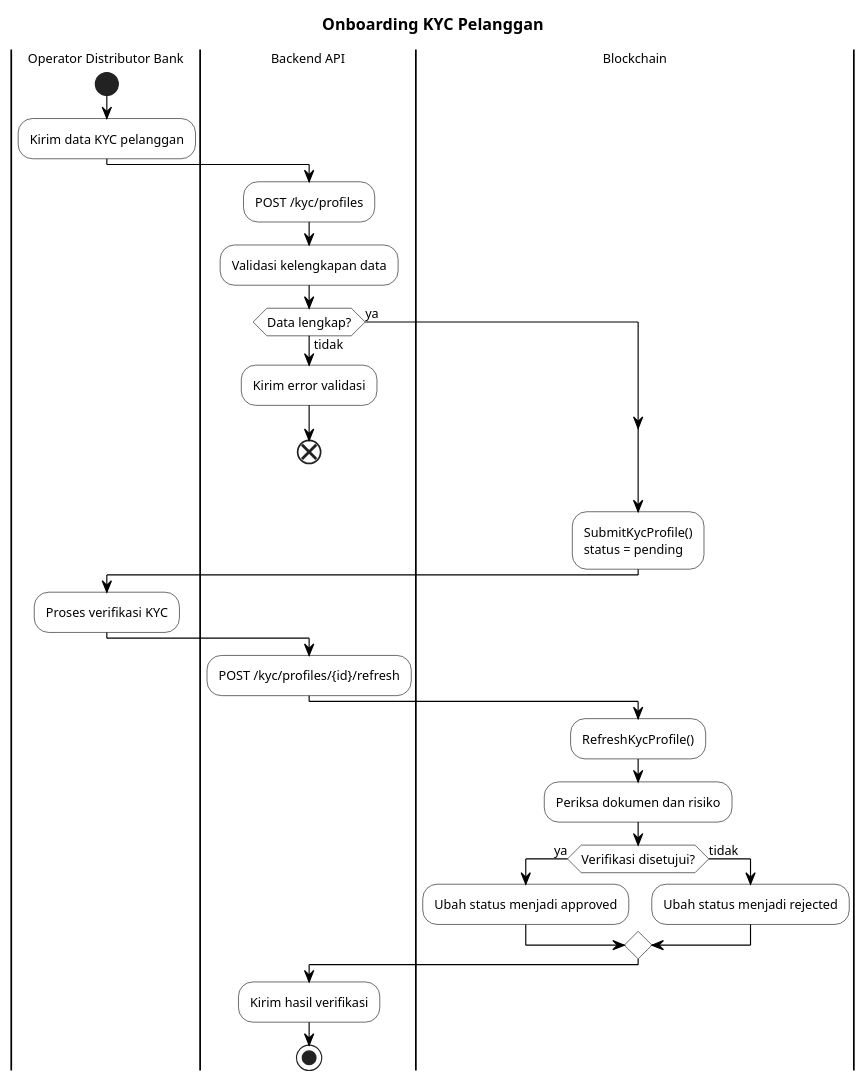
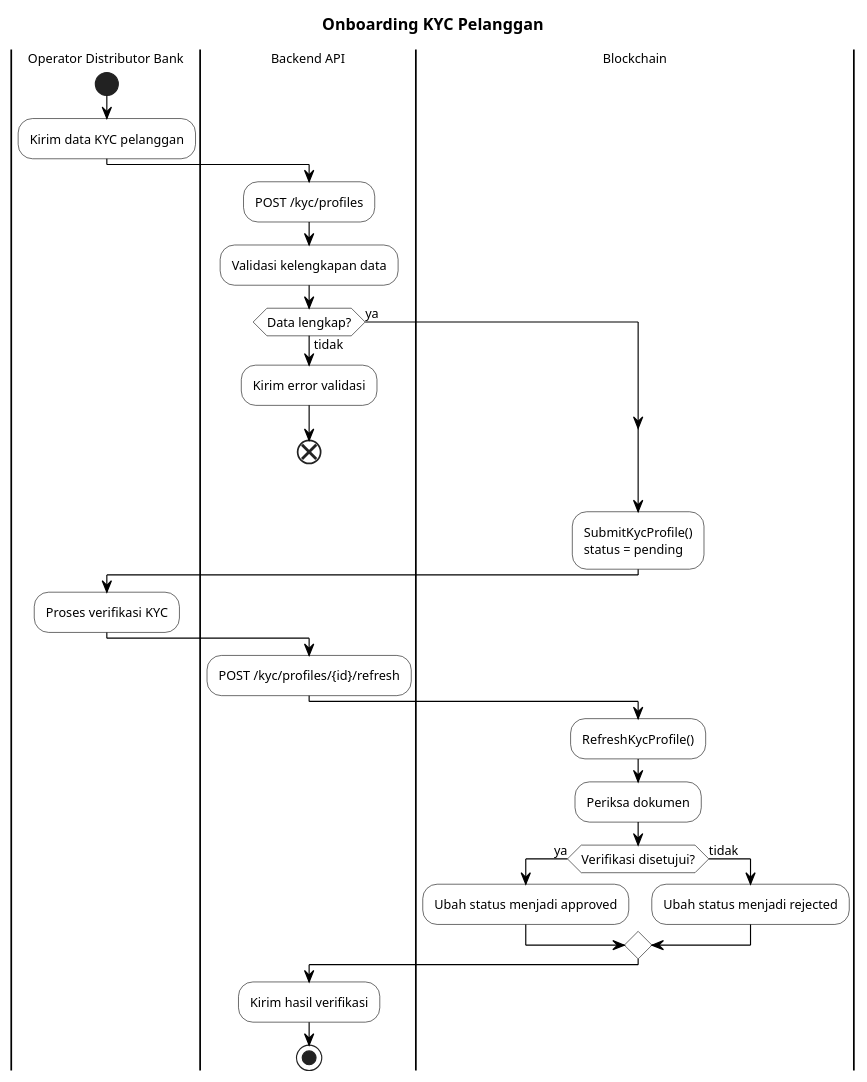
One commit to mfachrizalg/bi-coin changed the fourth of 7 diagrams in bi-coin-fabric/docs/diagrams/plantuml/activity-diagrams.puml. Above: the diagram before and after it, drawn with PlantUML. The commit also changed other lines of this file and 37 other files, not shown here.

```diff
--- a/bi-coin-fabric/docs/diagrams/plantuml/activity-diagrams.puml
+++ b/bi-coin-fabric/docs/diagrams/plantuml/activity-diagrams.puml
@@ -193,52 +193,52 @@
 @startuml AD04-Onboarding-KYC-Pelanggan
 skinparam monochrome true
 skinparam defaultFontSize 11
 skinparam activityFontSize 11
 skinparam activityBackgroundColor white
 skinparam activityBorderColor black
 skinparam activityDiamondBackgroundColor white
 skinparam activityDiamondBorderColor black
 skinparam arrowColor black
 skinparam noteBackgroundColor white
 skinparam noteBorderColor black
 skinparam swimlaneBorderColor black
 skinparam partitionBorderColor black
 
 title Onboarding KYC Pelanggan
 
 |Operator Distributor Bank|
 start
 :Kirim data KYC pelanggan;
 
 |Backend API|
 :POST /kyc/profiles;
 :Validasi kelengkapan data;
 if (Data lengkap?) then (tidak)
   :Kirim error validasi;
   end
 else (ya)
 endif
 
 |Blockchain|
 :SubmitKycProfile()
 status = pending;
 
 |Operator Distributor Bank|
 :Proses verifikasi KYC;
 
 |Backend API|
 :POST /kyc/profiles/{id}/refresh;
 
 |Blockchain|
 :RefreshKycProfile();
-:Periksa dokumen dan risiko;
+:Periksa dokumen;
 if (Verifikasi disetujui?) then (ya)
   :Ubah status menjadi approved;
 else (tidak)
   :Ubah status menjadi rejected;
 endif
 
 |Backend API|
 :Kirim hasil verifikasi;
 stop
 @enduml
```
